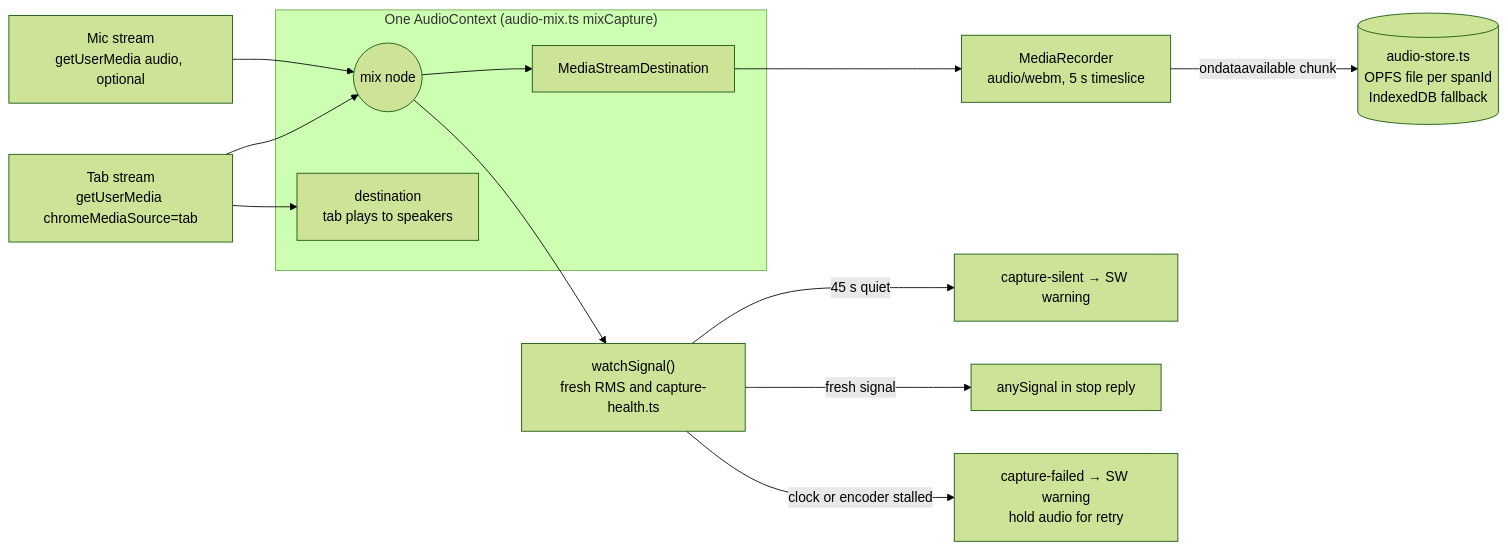
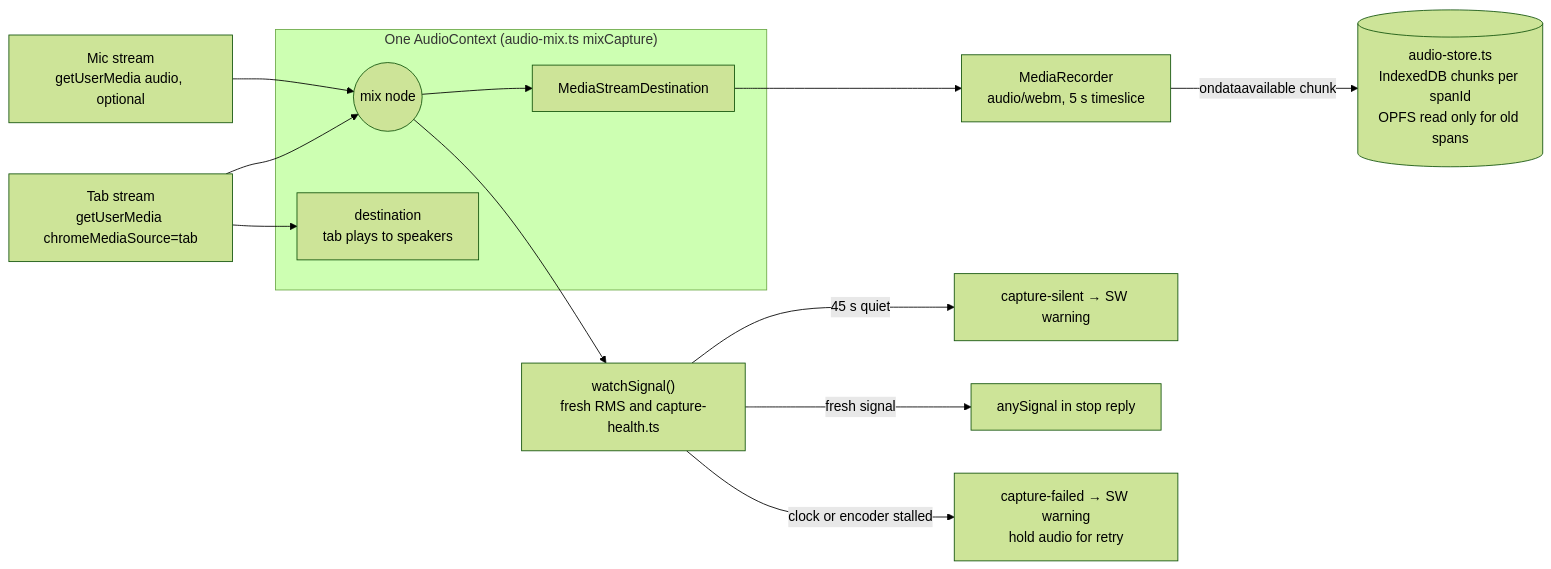
One commit to dominic676767/meeting-summarizer changed the seventh of 11 diagrams in docs/ARCHITECTURE.md. Above: the diagram before and after it, drawn with Mermaid (forest theme). The commit also changed other lines of this file and 3 other files, not shown here.

````diff
--- a/docs/ARCHITECTURE.md
+++ b/docs/ARCHITECTURE.md
@@ -418,22 +418,22 @@
 ```mermaid
 flowchart LR
     tab["Tab stream<br/>getUserMedia chromeMediaSource=tab"]
     mic["Mic stream<br/>getUserMedia audio, optional"]
     subgraph ctx["One AudioContext (audio-mix.ts mixCapture)"]
         mix(("mix node"))
         speakers["destination<br/>tab plays to speakers"]
         dest["MediaStreamDestination"]
     end
     watch["watchSignal()<br/>fresh RMS and capture-health.ts"]
     mr["MediaRecorder<br/>audio/webm, 5 s timeslice"]
-    store[("audio-store.ts<br/>OPFS file per spanId<br/>IndexedDB fallback")]
+    store[("audio-store.ts<br/>IndexedDB chunks per spanId<br/>OPFS read only for old spans")]
 
     tab --> mix
     mic --> mix
     tab --> speakers
     mix --> dest --> mr -- "ondataavailable chunk" --> store
     mix --> watch
     watch -- "45 s quiet" --> warn["capture-silent → SW warning"]
     watch -- "fresh signal" --> any["anySignal in stop reply"]
     watch -- "clock or encoder stalled" --> failed["capture-failed → SW warning<br/>hold audio for retry"]
 ```
````
